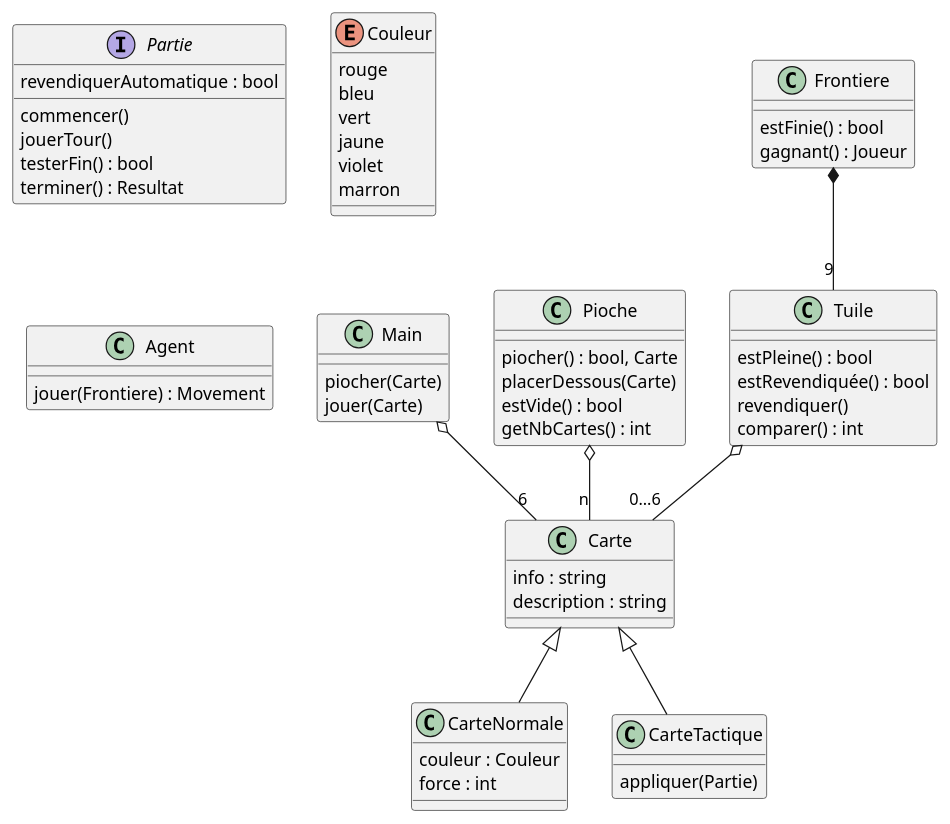
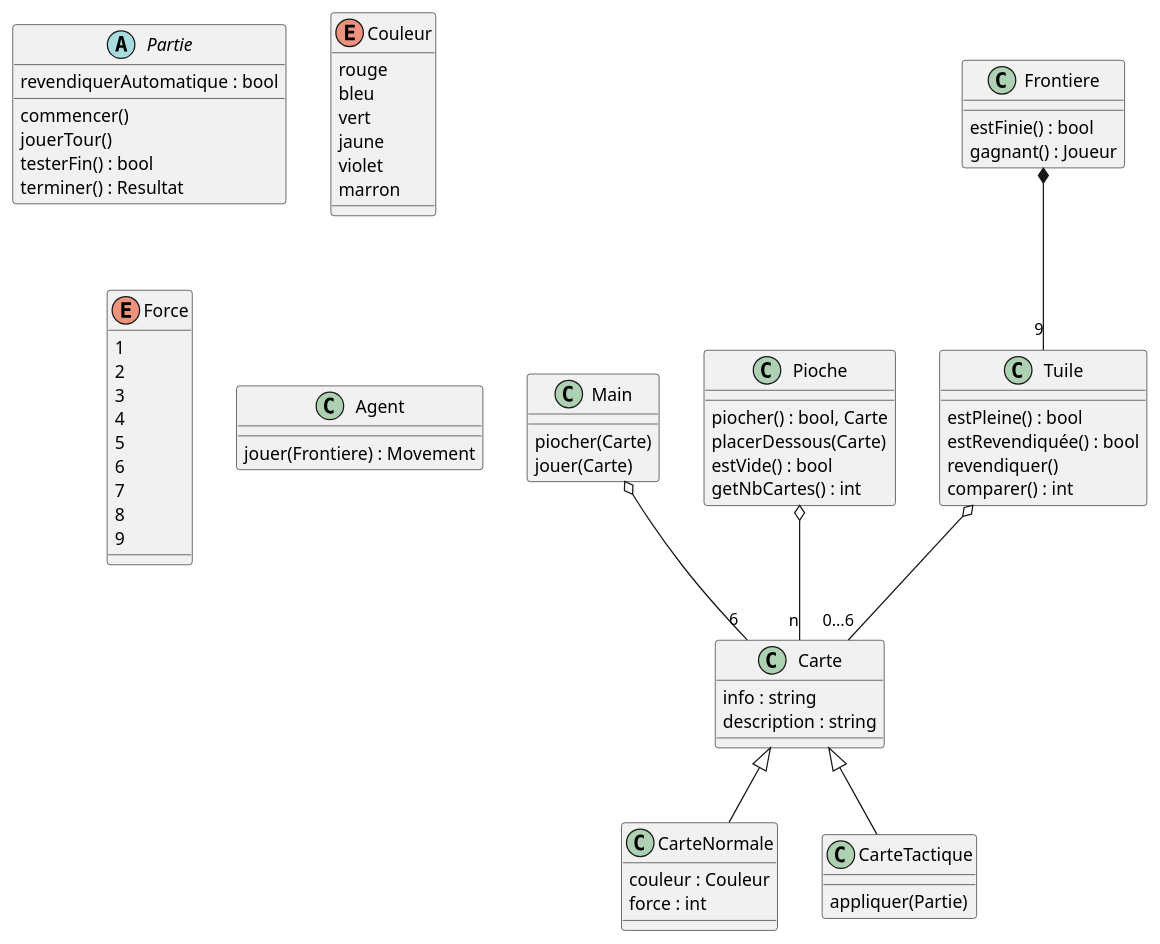
The diagram in plantuml/partie.plantuml (Ocean2356/SchottenTotten_OOP-Cpp), drawn with PlantUML before and after one commit. The commit also changed 4 other files, not shown here.

```diff
--- a/plantuml/partie.plantuml
+++ b/plantuml/partie.plantuml
@@ -1,78 +1,90 @@
 @startuml SchottenTotten
 
-interface Partie {
+abstract Partie {
     ' édition : texte 
     revendiquerAutomatique : bool 
     commencer()
     jouerTour()
     testerFin() : bool
     terminer() : Resultat
 }
 
 class Carte {
     info : string 
     description : string
 }
 
 class CarteNormale {
     couleur : Couleur
     force : int 
 }
 
 enum Couleur {
     rouge
     bleu
     vert
     jaune
     violet
     marron
+}
+
+enum Force {
+    1
+    2
+    3
+    4
+    5
+    6
+    7
+    8
+    9
 }
 
 class CarteTactique {
     appliquer(Partie)
 }
 
 class Main {
     piocher(Carte)
     jouer(Carte)
 }
 
 class Pioche {
     piocher() : bool, Carte
     placerDessous(Carte)
     estVide() : bool
     getNbCartes() : int
 }
 
 class Tuile {
     estPleine() : bool
     estRevendiquée() : bool
     revendiquer()
     comparer() : int
 }
 
 class Frontiere {
     estFinie() : bool
     gagnant() : Joueur
 }
 
 class Agent {
     jouer(Frontiere) : Movement
 }
 
 Carte <|-- CarteNormale
 Carte <|-- CarteTactique
 Main o-- "6" Carte
 Pioche o-- "n" Carte
 Tuile o-- “0…6” Carte
 Frontiere *-- “9” Tuile
 
 ' Agent -- Frontiere : observer >
 ' Agent -- Main : observer >
 
 ' Agent -- Carte : jouer >
 ' Agent -- Tuile : jouer >
 
 ' Main -- Pioche : piocher >
 
 @enduml
```
